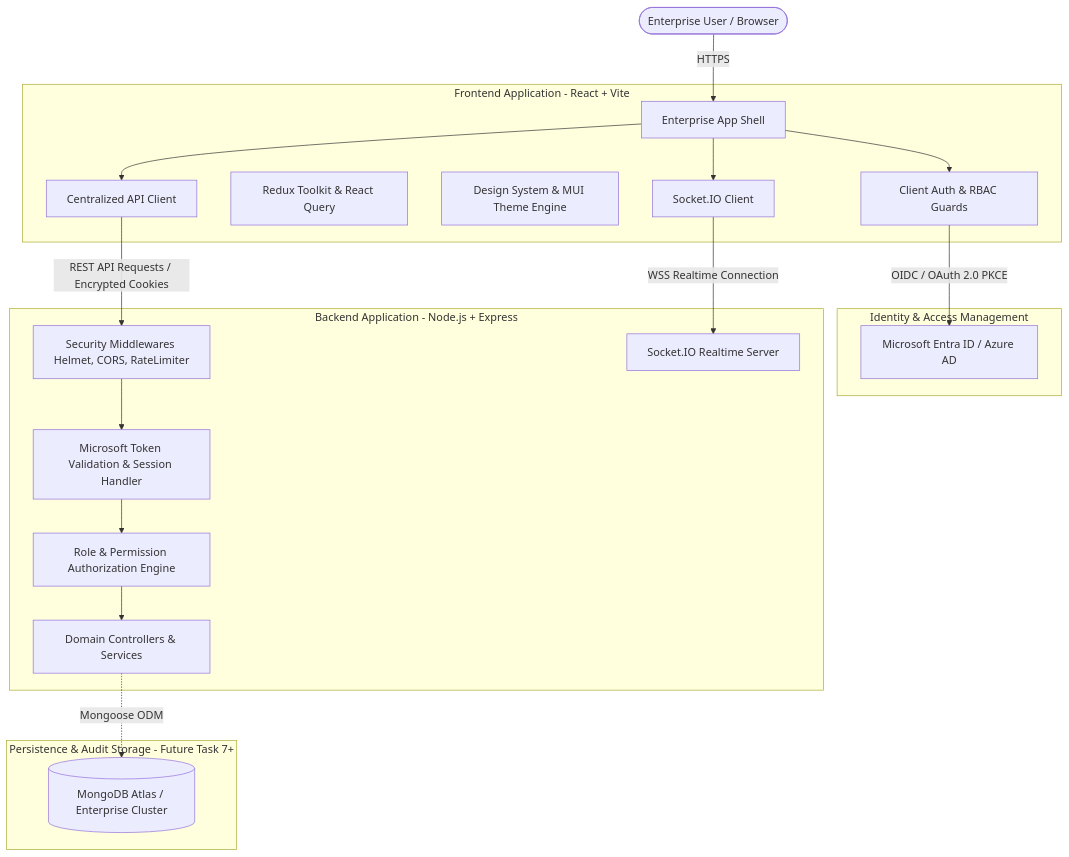
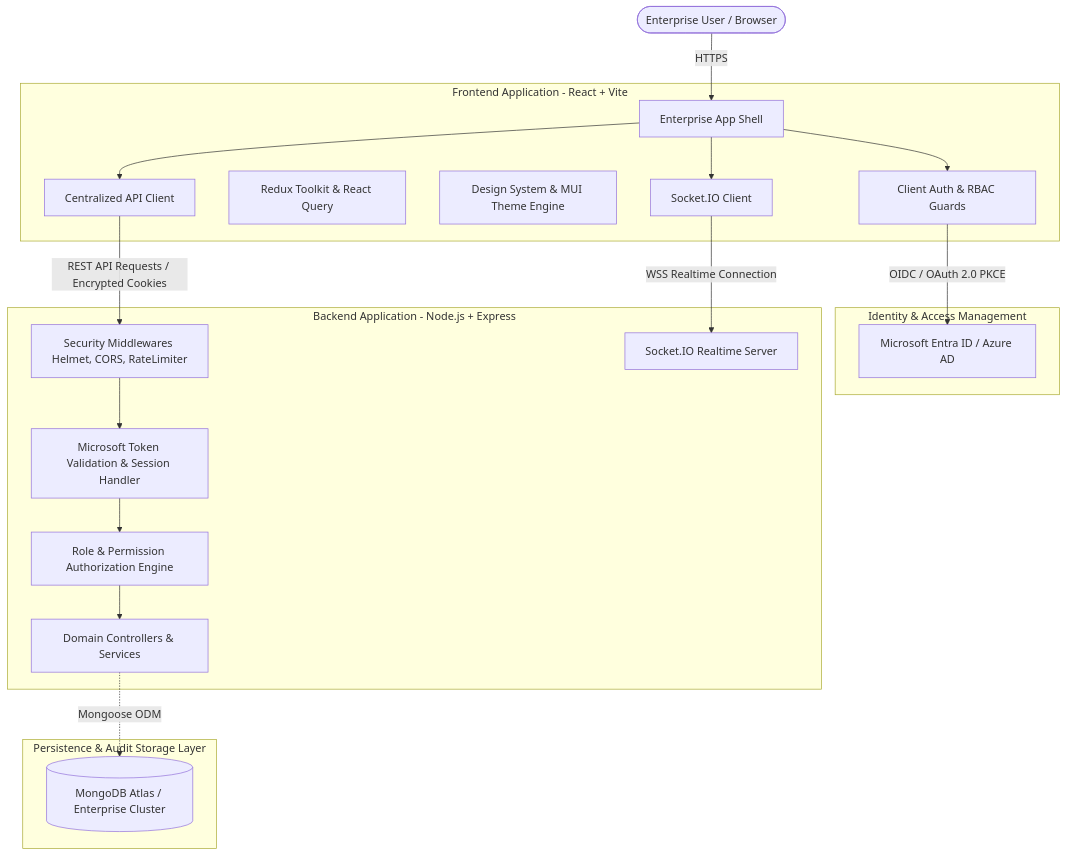
The diagram in docs/architecture/system-architecture.md (sagarpattan11/WFA-MongoDB-Microsoft-Auth), drawn with Mermaid before and after one commit. The commit also changed 128 other files, not shown here.

Commit message:
feat(foundation): initialize full-stack architecture, design system, enterprise layout and rbac

````diff
--- a/docs/architecture/system-architecture.md
+++ b/docs/architecture/system-architecture.md
@@ -7,44 +7,44 @@
 ```mermaid
 graph TD
     User([Enterprise User / Browser])
     
     subgraph ClientTier [Frontend Application - React + Vite]
         AppShell[Enterprise App Shell]
         AuthGuard[Client Auth & RBAC Guards]
         StateStore[Redux Toolkit & React Query]
         DesignSystem[Design System & MUI Theme Engine]
         AxiosClient[Centralized API Client]
         SocketClient[Socket.IO Client]
     end
 
     subgraph IdentityProvider [Identity & Access Management]
         EntraID[Microsoft Entra ID / Azure AD]
     end
 
     subgraph ServerTier [Backend Application - Node.js + Express]
         Gateway[Security Middlewares Helmet, CORS, RateLimiter]
         AuthEngine[Microsoft Token Validation & Session Handler]
         RBACMiddleware[Role & Permission Authorization Engine]
         APIControllers[Domain Controllers & Services]
         SocketEngine[Socket.IO Realtime Server]
     end
 
-    subgraph DataTier [Persistence & Audit Storage - Future Task 7+]
+    subgraph DataTier [Persistence & Audit Storage Layer]
         MongoCluster[(MongoDB Atlas / Enterprise Cluster)]
     end
 
     User -->|HTTPS| AppShell
     AppShell --> AuthGuard
     AuthGuard -->|OIDC / OAuth 2.0 PKCE| EntraID
     AppShell --> AxiosClient
     AppShell --> SocketClient
     
     AxiosClient -->|REST API Requests / Encrypted Cookies| Gateway
     Gateway --> AuthEngine
     AuthEngine --> RBACMiddleware
     RBACMiddleware --> APIControllers
     
     SocketClient -->|WSS Realtime Connection| SocketEngine
     
     APIControllers -.->|Mongoose ODM| MongoCluster
 ```
````
